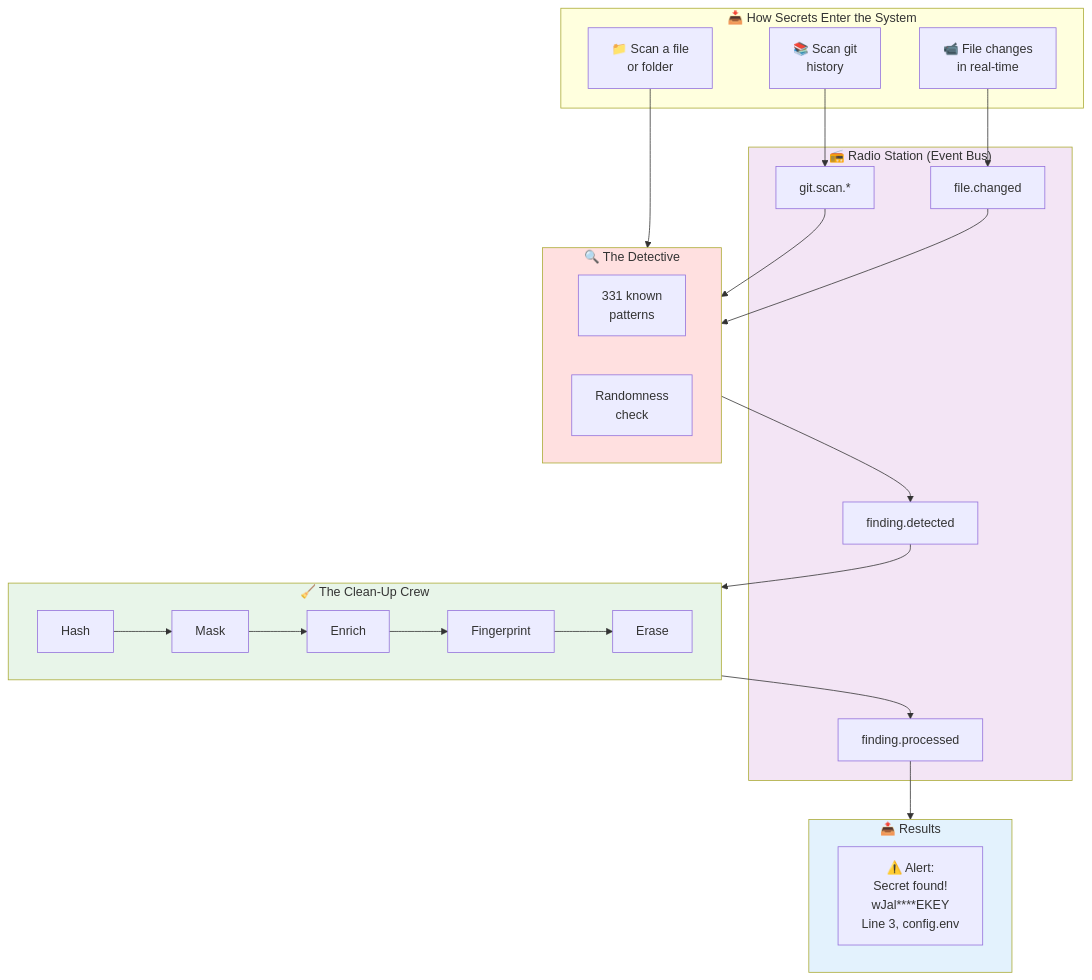
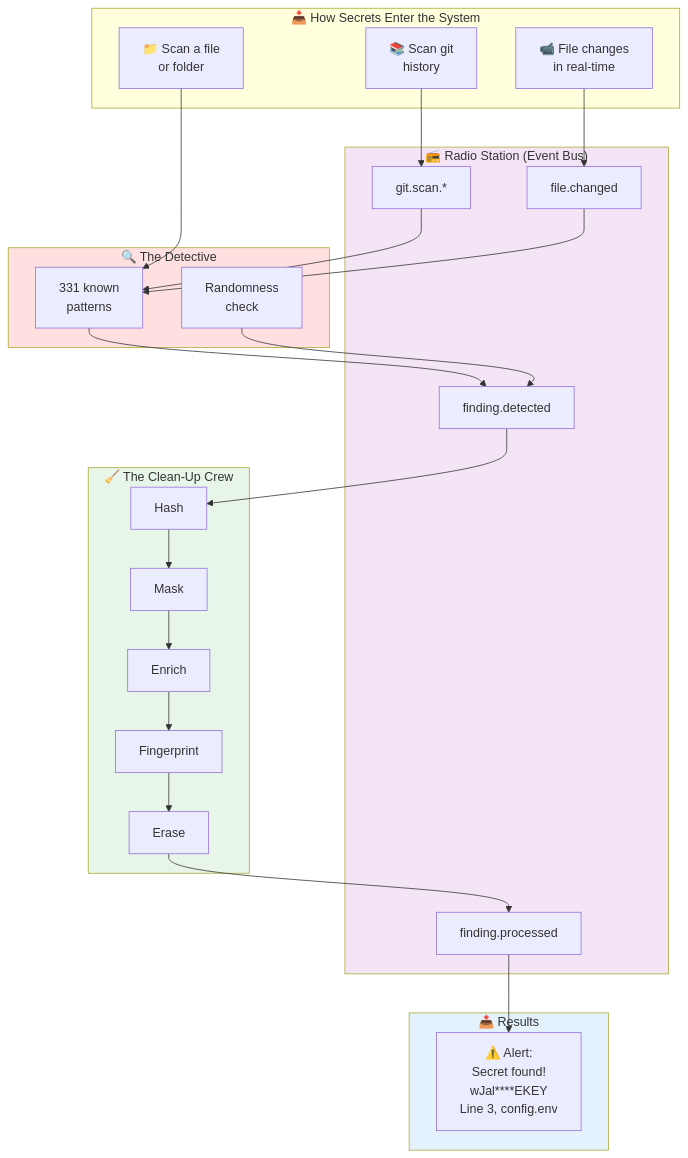
Diagram 20 of 22 in docs/training/00-System-Design-Simple-Overview.md (svemulapati/CredVigil), drawn with Mermaid before and after one commit. The commit also changed other lines of this file and 8 other files, not shown here.

````diff
--- a/docs/training/00-System-Design-Simple-Overview.md
+++ b/docs/training/00-System-Design-Simple-Overview.md
@@ -564,43 +601,44 @@
 ```mermaid
 flowchart TB
     subgraph INPUT["📥 How Secrets Enter the System"]
         FILE["📁 Scan a file\nor folder"]
         GIT["📚 Scan git\nhistory"]
         WATCH["📹 File changes\nin real-time"]
     end
 
     subgraph BUS["📻 Radio Station (Event Bus)"]
         FC["file.changed"]
         GS["git.scan.*"]
         FD["finding.detected"]
         FP["finding.processed"]
     end
 
     subgraph DETECTION["🔍 The Detective"]
         REGEX["331 known\npatterns"]
         ENTROPY["Randomness\ncheck"]
     end
 
     subgraph PIPELINE["🧹 The Clean-Up Crew"]
         HASH["Hash"] --> MASK["Mask"] --> ENRICH["Enrich"] --> FPRINT["Fingerprint"] --> SANITIZE["Erase"]
     end
 
     subgraph OUTPUT["📤 Results"]
         ALERT["⚠️ Alert:\nSecret found!\nwJal****EKEY\nLine 3, config.env"]
     end
 
     WATCH --> FC
-    FILE --> DETECTION
+    FILE --> REGEX
     GIT --> GS
-    GS --> DETECTION
-    FC --> DETECTION
-    DETECTION --> FD
-    FD --> PIPELINE
-    PIPELINE --> FP
-    FP --> OUTPUT
+    GS --> REGEX
+    FC --> REGEX
+    REGEX --> FD
+    ENTROPY --> FD
+    FD --> HASH
+    SANITIZE --> FP
+    FP --> ALERT
 
     style BUS fill:#f3e5f5
     style DETECTION fill:#ffe0e0
     style PIPELINE fill:#e8f5e9
     style OUTPUT fill:#e3f2fd
 ```
````
